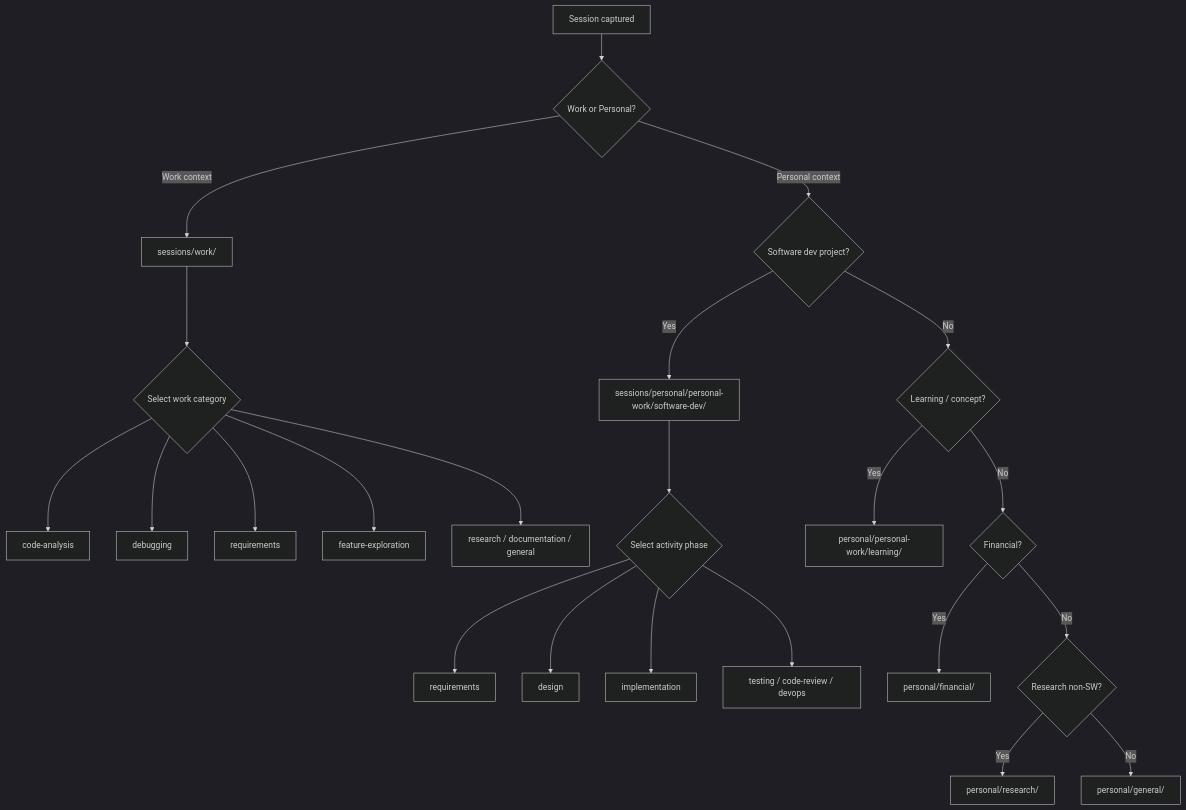
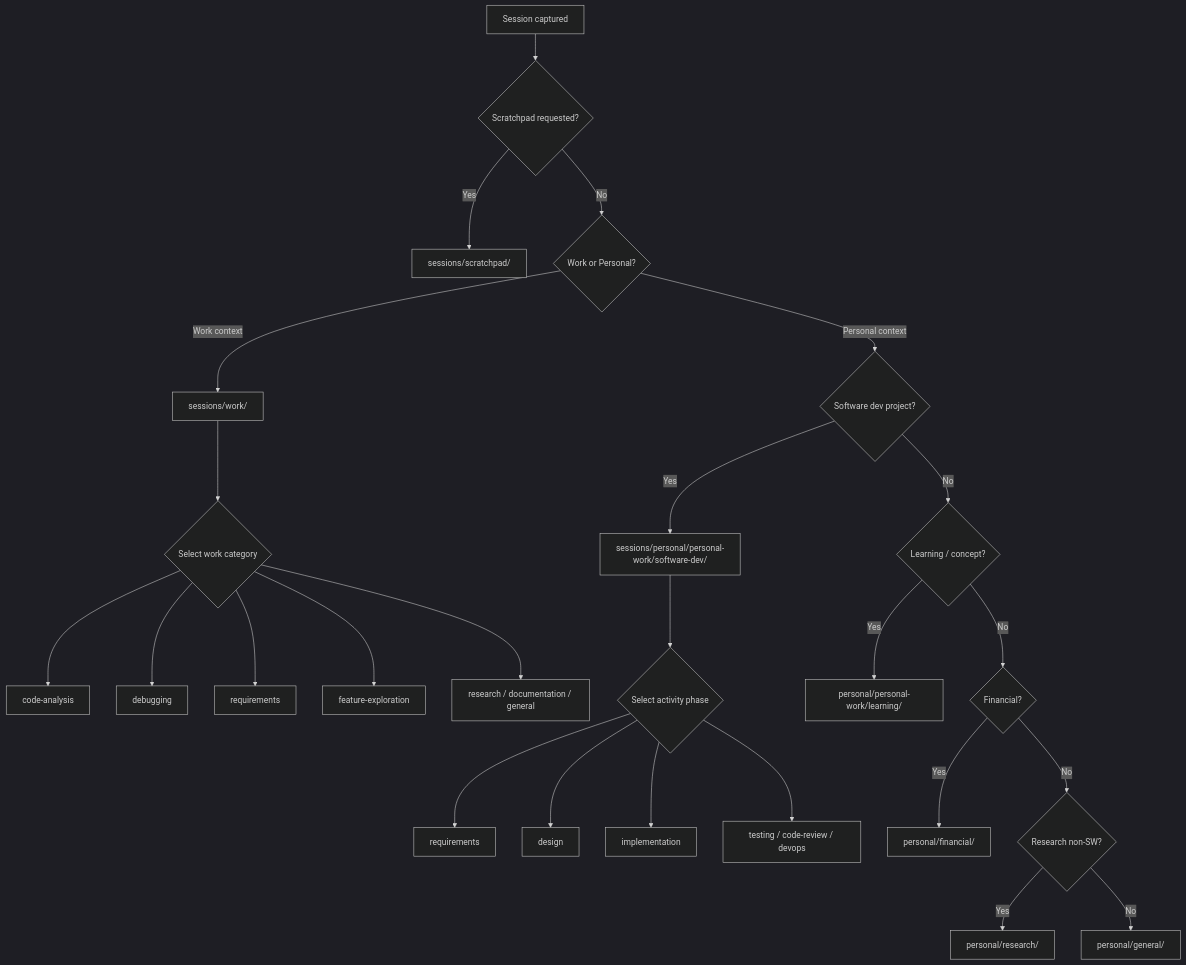
One commit to saharshpoddarorg/learning-assistant changed the second of 6 diagrams in .github/instructions/chat-capture.instructions.md. Above: the diagram before and after it, drawn with Mermaid (dark theme). The commit also changed other lines of this file and 9 other files, not shown here.

First line of the commit message:
docs(sessions): add scratchpad capture support

````diff
--- a/.github/instructions/chat-capture.instructions.md
+++ b/.github/instructions/chat-capture.instructions.md
@@ -161,27 +189,29 @@
 ```mermaid
 flowchart TD
-    A[Session captured] --> B{Work or Personal?}
-    B -->|Work context| C[sessions/work/]
-    B -->|Personal context| D{Software dev project?}
-    D -->|Yes| E[sessions/personal/personal-work/software-dev/]
-    D -->|No| F{Learning / concept?}
-    F -->|Yes| G[personal/personal-work/learning/]
-    F -->|No| H{Financial?}
-    H -->|Yes| I[personal/financial/]
-    H -->|No| J{Research non-SW?}
-    J -->|Yes| K[personal/research/]
-    J -->|No| L[personal/general/]
+  A[Session captured] --> B{Scratchpad requested?}
+  B -->|Yes| C[sessions/scratchpad/]
+  B -->|No| D{Work or Personal?}
+  D -->|Work context| E[sessions/work/]
+  D -->|Personal context| F{Software dev project?}
+  F -->|Yes| G[sessions/personal/personal-work/software-dev/]
+  F -->|No| H{Learning / concept?}
+  H -->|Yes| I[personal/personal-work/learning/]
+  H -->|No| J{Financial?}
+  J -->|Yes| K[personal/financial/]
+  J -->|No| L{Research non-SW?}
+  L -->|Yes| M[personal/research/]
+  L -->|No| N[personal/general/]
 
-    C --> M{Select work category}
-    M --> M1[code-analysis]
-    M --> M2[debugging]
-    M --> M3[requirements]
-    M --> M4[feature-exploration]
-    M --> M5[research / documentation / general]
+  E --> O{Select work category}
+  O --> O1[code-analysis]
+  O --> O2[debugging]
+  O --> O3[requirements]
+  O --> O4[feature-exploration]
+  O --> O5[research / documentation / general]
 
-    E --> N{Select activity phase}
-    N --> N1[requirements]
-    N --> N2[design]
-    N --> N3[implementation]
-    N --> N4[testing / code-review / devops]
+  G --> P{Select activity phase}
+  P --> P1[requirements]
+  P --> P2[design]
+  P --> P3[implementation]
+  P --> P4[testing / code-review / devops]
 ```
````
